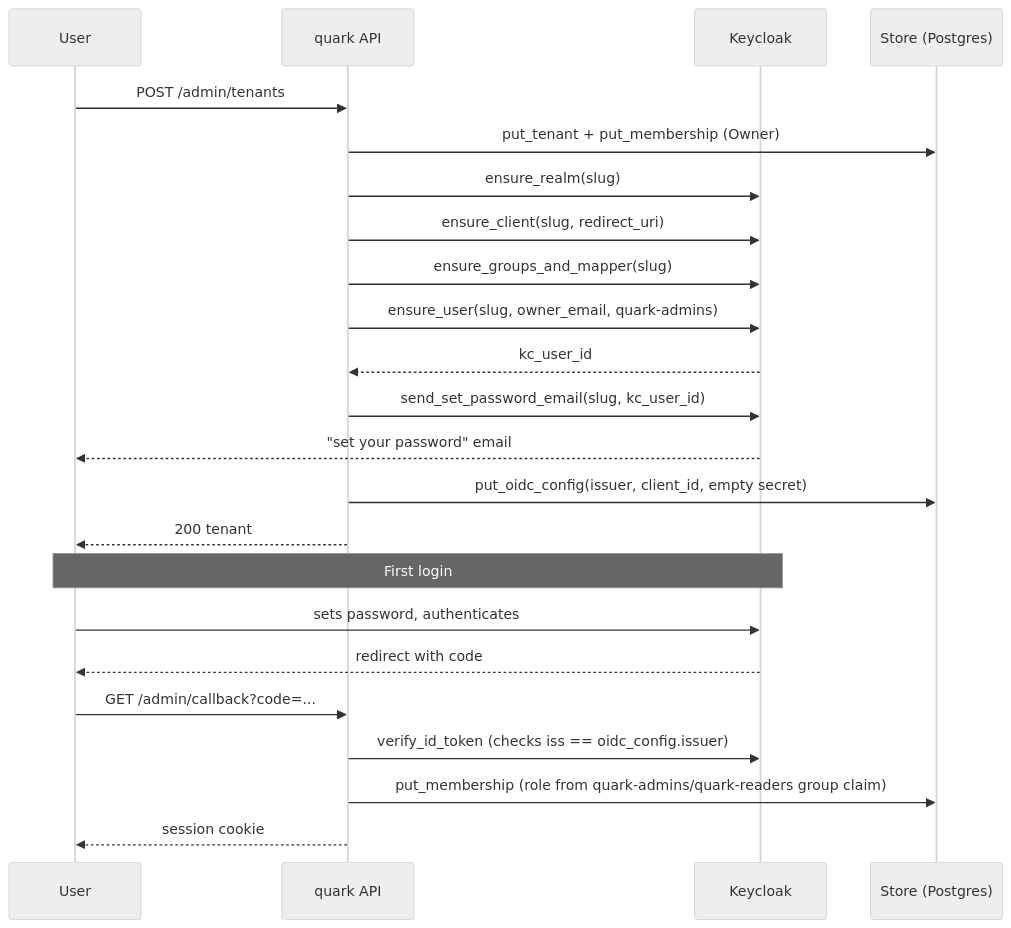
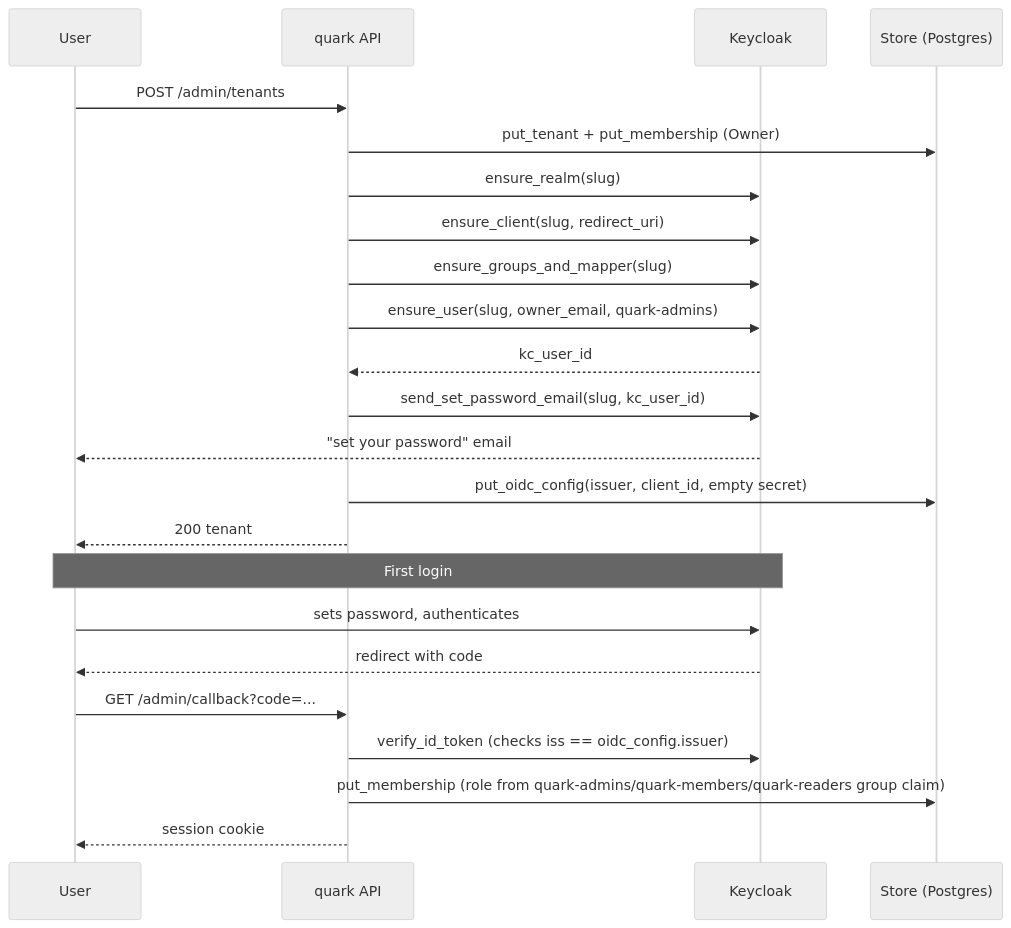
The diagram in docs/RUNBOOK-keycloak-p2e.md (lucasolopes/quark), drawn with Mermaid (neutral theme) before and after one commit. The commit also changed other lines of this file and 10 other files, not shown here.

First line of the commit message:
feat(rbac): papel Member real no cloud (grupo quark-members)

````diff
--- a/docs/RUNBOOK-keycloak-p2e.md
+++ b/docs/RUNBOOK-keycloak-p2e.md
@@ -11,27 +11,27 @@
 ```mermaid
 sequenceDiagram
     participant U as User
     participant Q as quark API
     participant K as Keycloak
     participant S as Store (Postgres)
 
     U->>Q: POST /admin/tenants
     Q->>S: put_tenant + put_membership (Owner)
     Q->>K: ensure_realm(slug)
     Q->>K: ensure_client(slug, redirect_uri)
     Q->>K: ensure_groups_and_mapper(slug)
     Q->>K: ensure_user(slug, owner_email, quark-admins)
     K-->>Q: kc_user_id
     Q->>K: send_set_password_email(slug, kc_user_id)
     K-->>U: "set your password" email
     Q->>S: put_oidc_config(issuer, client_id, empty secret)
     Q-->>U: 200 tenant
 
     Note over U,K: First login
     U->>K: sets password, authenticates
     K-->>U: redirect with code
     U->>Q: GET /admin/callback?code=...
     Q->>K: verify_id_token (checks iss == oidc_config.issuer)
-    Q->>S: put_membership (role from quark-admins/quark-readers group claim)
+    Q->>S: put_membership (role from quark-admins/quark-members/quark-readers group claim)
     Q-->>U: session cookie
 ```
````
